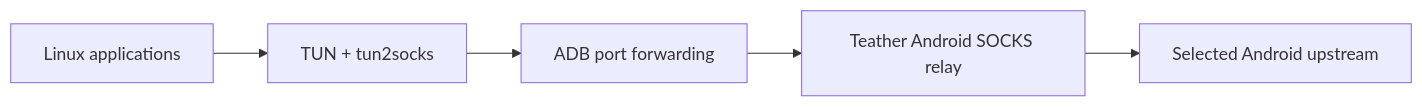
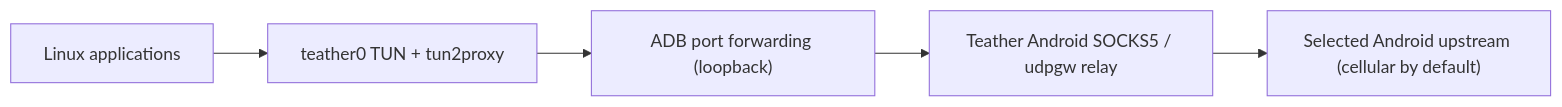
The first of 2 diagrams in README.md (vel71184/Teather), drawn with Mermaid before and after one commit. The commit also changed other lines of this file and 6 other files, not shown here.

````diff
--- a/README.md
+++ b/README.md
@@ -162,7 +162,7 @@
 ```mermaid
 flowchart LR
-    A["Linux applications"] --> B["TUN + tun2socks"]
-    B --> C["ADB port forwarding"]
-    C --> D["Teather Android SOCKS relay"]
-    D --> E["Selected Android upstream"]
+    A["Linux applications"] --> B["teather0 TUN + tun2proxy"]
+    B --> C["ADB port forwarding (loopback)"]
+    C --> D["Teather Android SOCKS5 / udpgw relay"]
+    D --> E["Selected Android upstream (cellular by default)"]
 ```
````
